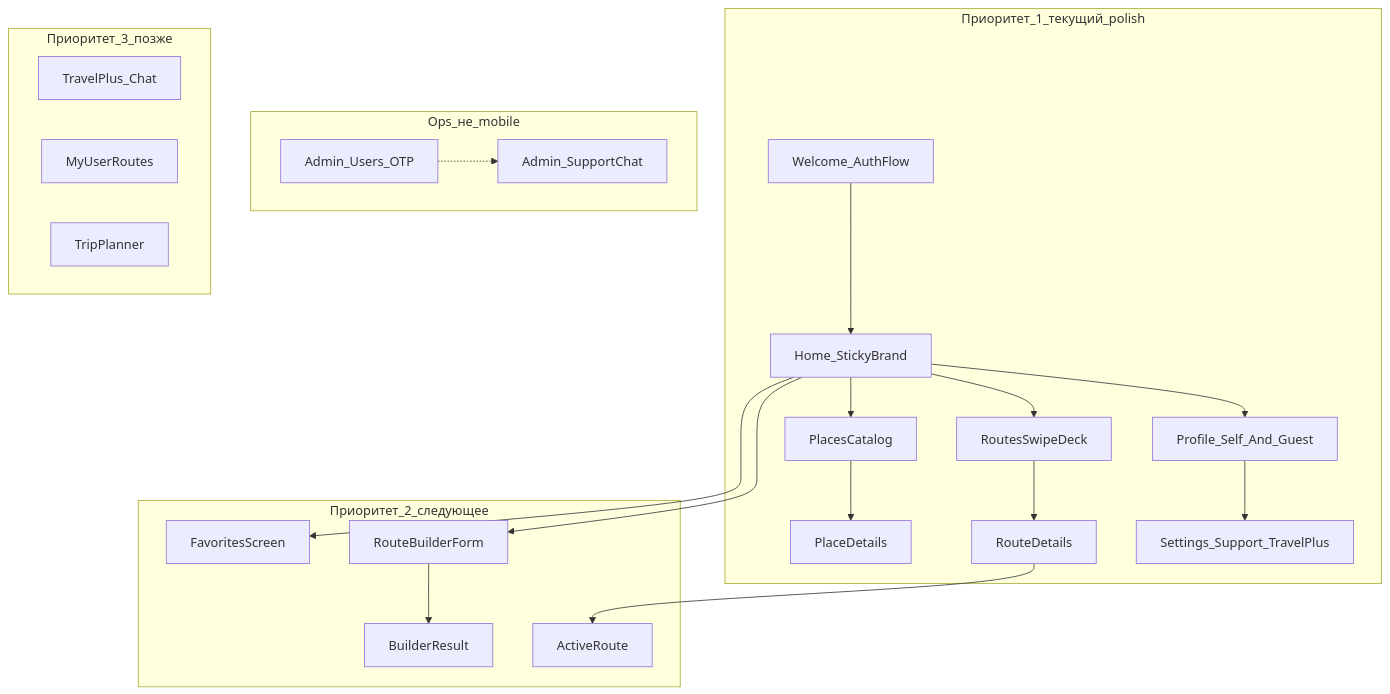
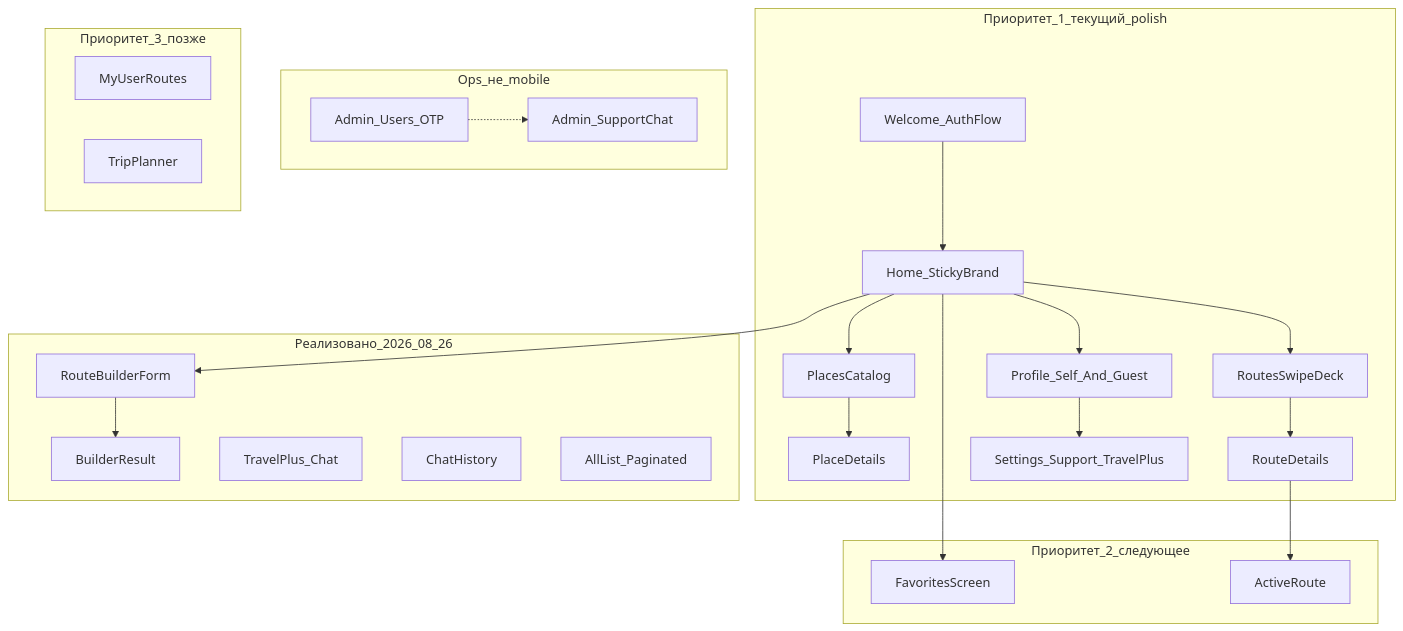
One commit to xotabeach/tourism-platform changed the second of 6 diagrams in docs/diagrams/phase-and-screens-map.md. Above: the diagram before and after it, drawn with Mermaid. The commit also changed 22 other files, not shown here.

````diff
--- a/docs/diagrams/phase-and-screens-map.md
+++ b/docs/diagrams/phase-and-screens-map.md
@@ -72,41 +72,46 @@
 ```mermaid
 flowchart TD
   subgraph now [Приоритет_1_текущий_polish]
     welcome[Welcome_AuthFlow]
     home[Home_StickyBrand]
     placesCat[PlacesCatalog]
     placeDet[PlaceDetails]
     routesCat[RoutesSwipeDeck]
     routeDet[RouteDetails]
     profile[Profile_Self_And_Guest]
     settings[Settings_Support_TravelPlus]
   end
 
   subgraph ops [Ops_не_mobile]
     adminUsers[Admin_Users_OTP]
     adminChat[Admin_SupportChat]
   end
 
   subgraph soon [Приоритет_2_следующее]
     fav[FavoritesScreen]
-    builder[RouteBuilderForm]
-    builderRes[BuilderResult]
     active[ActiveRoute]
   end
 
+  subgraph shipped [Реализовано_2026_08_26]
+    builder[RouteBuilderForm]
+    builderRes[BuilderResult]
+    chat[TravelPlus_Chat]
+    chatHist[ChatHistory]
+    allList[AllList_Paginated]
+  end
+
   subgraph future [Приоритет_3_позже]
-    chat[TravelPlus_Chat]
     myRoutes[MyUserRoutes]
     trip[TripPlanner]
   end
 
   welcome --> home
   home --> placesCat --> placeDet
   home --> routesCat --> routeDet
   home --> builder --> builderRes
   routeDet --> active
   home --> fav
   home --> profile
   profile --> settings
   adminUsers -.-> adminChat
 ```
````
